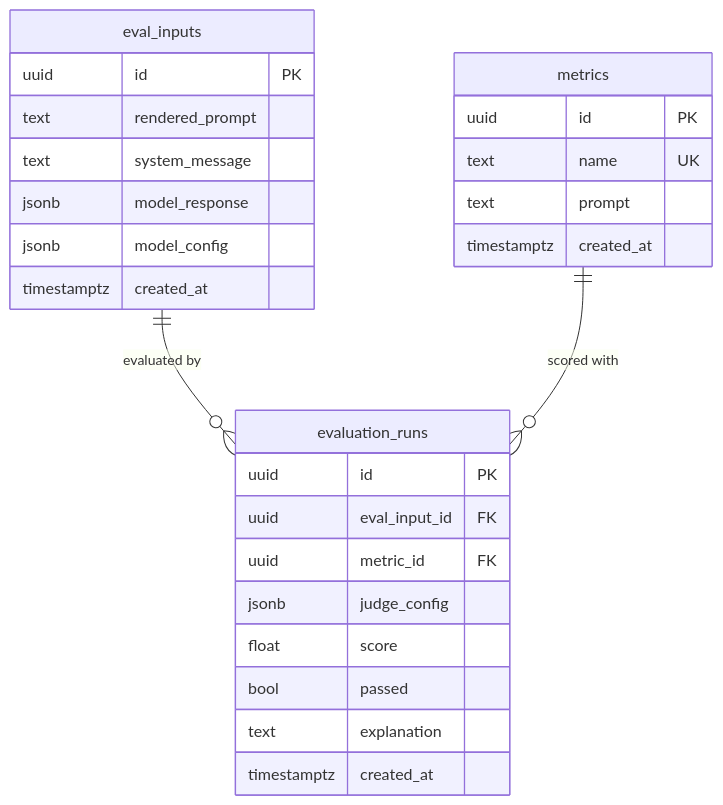
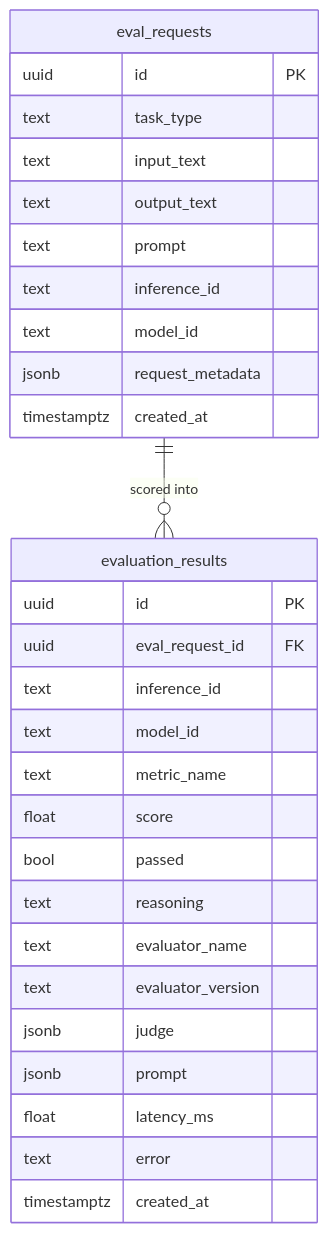
The diagram in README.md (DimitarAtanassov/arc-eval-service), drawn with Mermaid before and after one commit. The commit also changed other lines of this file and 60 other files, not shown here.

````diff
--- a/README.md
+++ b/README.md
@@ -56,30 +71,33 @@
 ```mermaid
 erDiagram
-    eval_inputs ||--o{ evaluation_runs : "evaluated by"
-    metrics ||--o{ evaluation_runs : "scored with"
+    eval_requests ||--o{ evaluation_results : "scored into"
 
-    eval_inputs {
+    eval_requests {
         uuid id PK
-        text rendered_prompt
-        text system_message
-        jsonb model_response
-        jsonb model_config
+        text task_type
+        text input_text
+        text output_text
+        text prompt
+        text inference_id
+        text model_id
+        jsonb request_metadata
         timestamptz created_at
     }
-    metrics {
+    evaluation_results {
         uuid id PK
-        text name UK
-        text prompt
-        timestamptz created_at
-    }
-    evaluation_runs {
-        uuid id PK
-        uuid eval_input_id FK
-        uuid metric_id FK
-        jsonb judge_config
+        uuid eval_request_id FK
+        text inference_id
+        text model_id
+        text metric_name
         float score
         bool passed
-        text explanation
+        text reasoning
+        text evaluator_name
+        text evaluator_version
+        jsonb judge
+        jsonb prompt
+        float latency_ms
+        text error
         timestamptz created_at
     }
 ```
````
